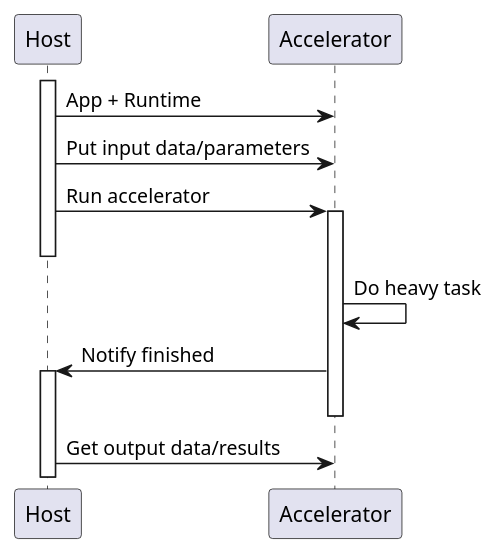
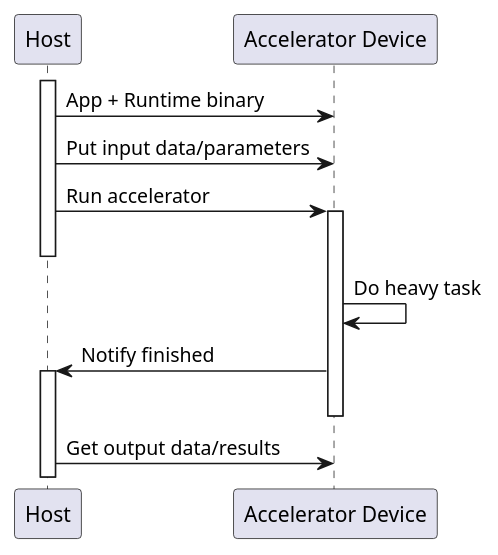
Before and after one commit to nsitexe/akaria-bmetal: the first of 5 diagrams in doc/overview.adoc, drawn with PlantUML. The commit also changed other lines of this file, not shown here.

```diff
--- a/doc/overview.adoc
+++ b/doc/overview.adoc
@@ -9,22 +17,22 @@
 [plantuml]
 ----
 @startuml
 participant "Host" as Host
-participant "Accelerator" as Acc
+participant "Accelerator Device" as Acc
 
 activate Host
 
-Host -> Acc : App + Runtime
+Host -> Acc : App + Runtime binary
 Host -> Acc : Put input data/parameters
 Host -> Acc : Run accelerator
 activate Acc
 deactivate Host
 
 Acc -> Acc : Do heavy task
 
 Acc -> Host : Notify finished
 activate Host
 deactivate Acc
 Host -> Acc : Get output data/results
 @enduml
 ----
```
